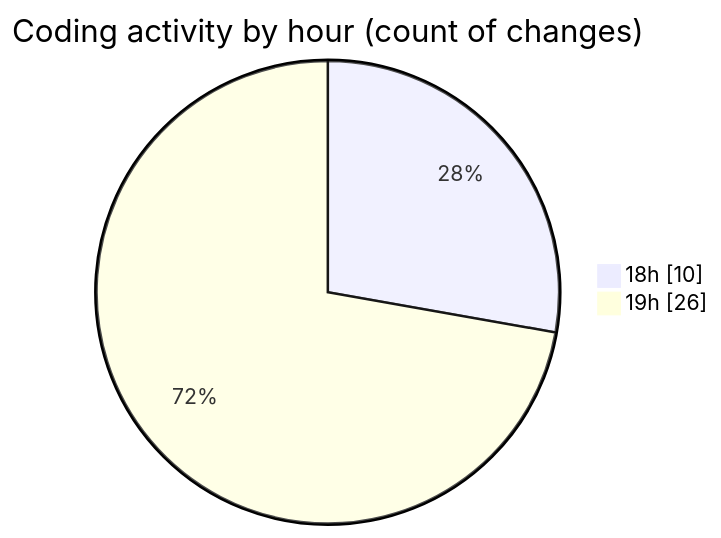
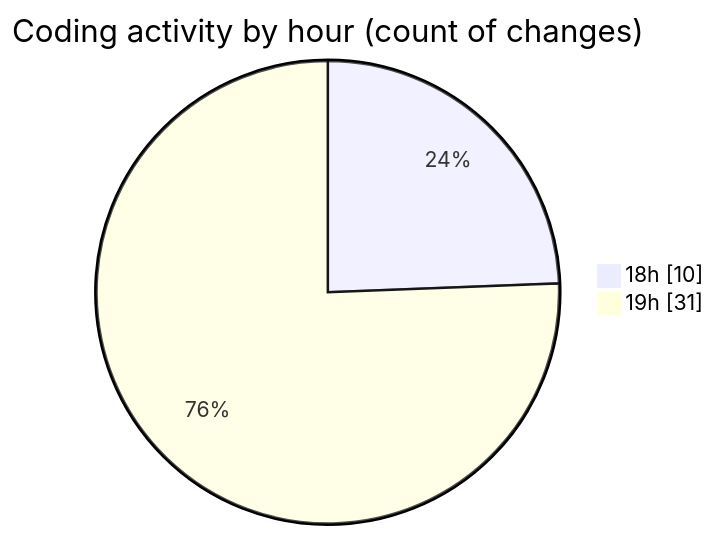
One commit to Netris89/code-tracking changed the second of 2 diagrams in 2025-03-29/back-end/README.md. Above: the diagram before and after it, drawn with Mermaid. The commit also changed other lines of this file and 1 other file, not shown here.

````diff
--- a/2025-03-29/back-end/README.md
+++ b/2025-03-29/back-end/README.md
@@ -29,6 +30,6 @@
 ```mermaid
 pie showData
 title Coding activity by hour (count of changes)
 "18h" : 10
-"19h" : 26
+"19h" : 31
 ```
````
